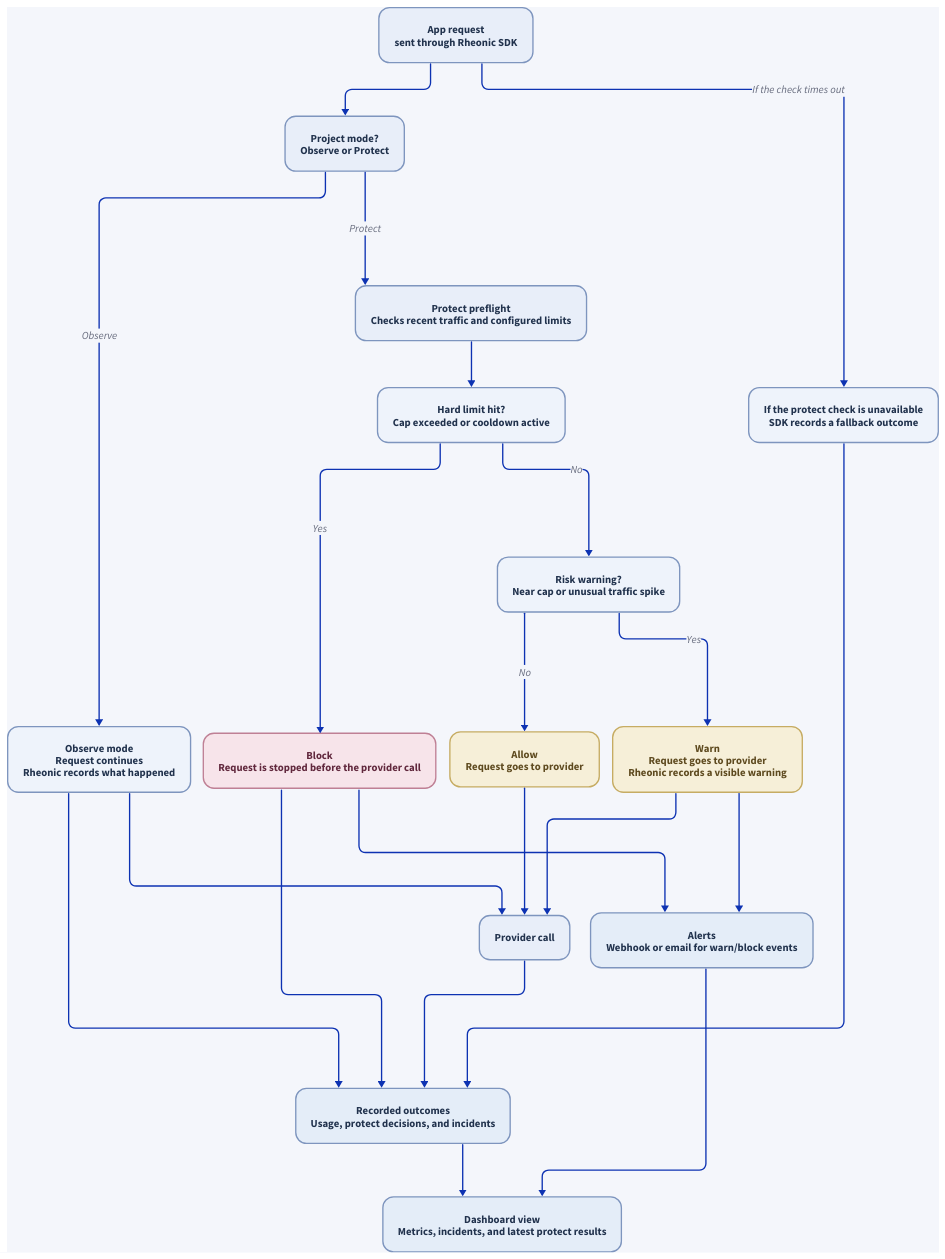
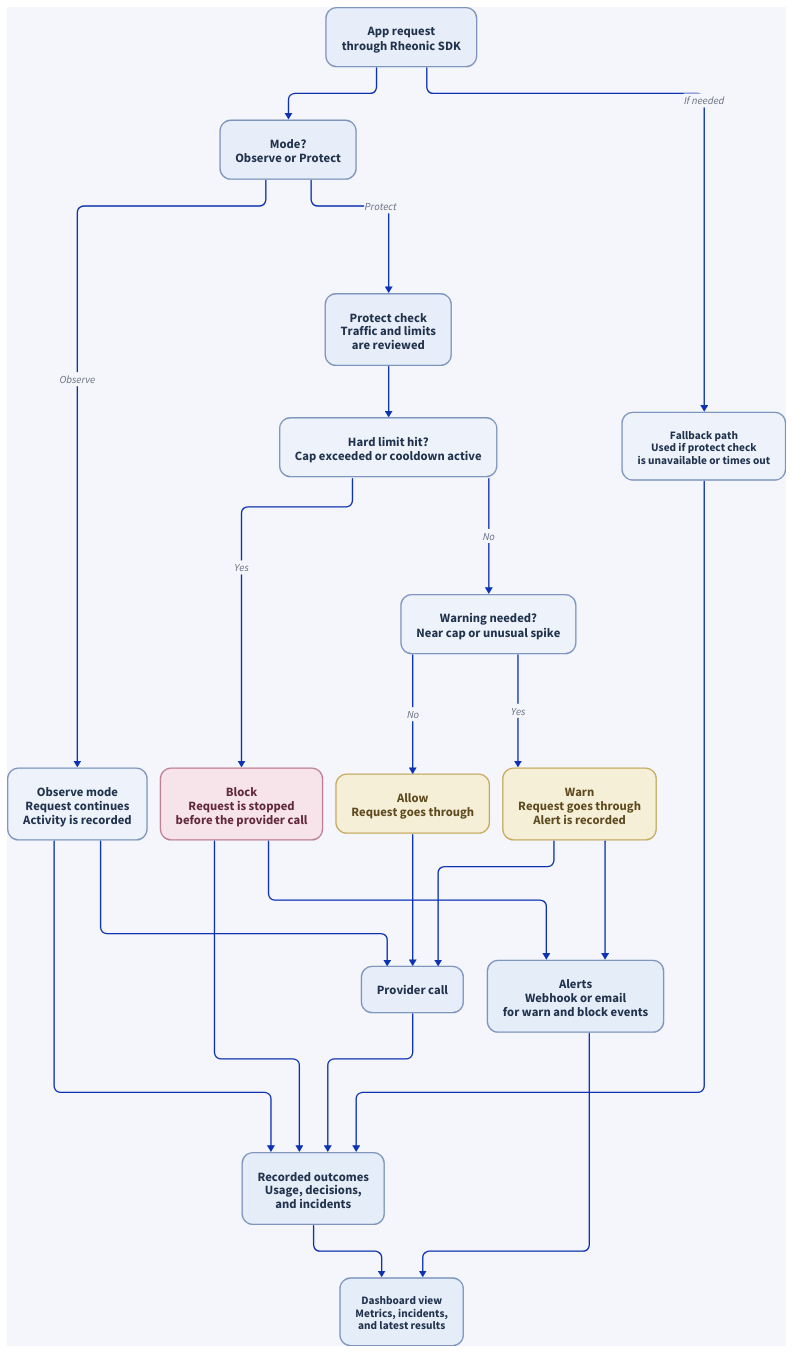
The diagram in docs/architecture/protect_decision_flow.d2 (MichaelTelvin/Rheonic), drawn with D2 before and after one commit. The commit also changed 7 other files, not shown here.

Commit message:
revert session to 60/7 + optimize chart layout

```diff
--- a/docs/architecture/protect_decision_flow.d2
+++ b/docs/architecture/protect_decision_flow.d2
@@ -1,174 +1,174 @@
 direction: down
 
 vars: {
   d2-config: {
-    pad: 28
+    pad: 10
     sketch: false
     layout-engine: elk
   }
 }
 
 style: {
   fill: "#f4f6fb"
 }
 
-app_call: "App request\nsent through Rheonic SDK" {
+app_call: "App request\nthrough Rheonic SDK" {
   style: {
     fill: "#e8eef9"
     stroke: "#7e95be"
     font-color: "#21324d"
     border-radius: 16
-    font-size: 16
+    font-size: 19
   }
 }
 
-mode_gate: "Project mode?\nObserve or Protect" {
+mode_gate: "Mode?\nObserve or Protect" {
   style: {
     fill: "#e8eef9"
     stroke: "#7e95be"
     font-color: "#21324d"
     border-radius: 16
-    font-size: 16
+    font-size: 19
   }
 }
 
-observe: "Observe mode\nRequest continues\nRheonic records what happened" {
+observe: "Observe mode\nRequest continues\nActivity is recorded" {
   style: {
     fill: "#eef3fb"
     stroke: "#7e95be"
     font-color: "#21324d"
     border-radius: 16
-    font-size: 16
+    font-size: 19
   }
 }
 
-preflight: "Protect preflight\nChecks recent traffic and configured limits" {
+preflight: "Protect check\nTraffic and limits\nare reviewed" {
   style: {
     fill: "#e8eef9"
     stroke: "#7e95be"
     font-color: "#21324d"
     border-radius: 16
-    font-size: 16
+    font-size: 19
   }
 }
 
 hard_limit: "Hard limit hit?\nCap exceeded or cooldown active" {
   style: {
     fill: "#eef3fb"
     stroke: "#7e95be"
     font-color: "#21324d"
     border-radius: 16
-    font-size: 16
+    font-size: 19
   }
 }
 
-risk_check: "Risk warning?\nNear cap or unusual traffic spike" {
+risk_check: "Warning needed?\nNear cap or unusual spike" {
   style: {
     fill: "#eef3fb"
     stroke: "#7e95be"
     font-color: "#21324d"
     border-radius: 16
-    font-size: 16
+    font-size: 19
   }
 }
 
-allow: "Allow\nRequest goes to provider" {
+allow: "Allow\nRequest goes through" {
   style: {
     fill: "#f6efd8"
     stroke: "#c6ac63"
     font-color: "#5e4a1f"
     border-radius: 16
-    font-size: 16
+    font-size: 19
   }
 }
 
-warn: "Warn\nRequest goes to provider\nRheonic records a visible warning" {
+warn: "Warn\nRequest goes through\nAlert is recorded" {
   style: {
     fill: "#f6efd8"
     stroke: "#c6ac63"
     font-color: "#5e4a1f"
     border-radius: 16
-    font-size: 16
+    font-size: 19
   }
 }
 
-block: "Block\nRequest is stopped before the provider call" {
+block: "Block\nRequest is stopped\nbefore the provider call" {
   style: {
     fill: "#f7e4ea"
     stroke: "#bf8095"
     font-color: "#61283d"
     border-radius: 16
-    font-size: 16
+    font-size: 19
   }
 }
 
 provider: "Provider call" {
   style: {
     fill: "#e8eef9"
     stroke: "#7e95be"
     font-color: "#21324d"
     border-radius: 16
-    font-size: 16
+    font-size: 19
   }
 }
 
-alerts: "Alerts\nWebhook or email for warn/block events" {
+alerts: "Alerts\nWebhook or email\nfor warn and block events" {
   style: {
     fill: "#e4edf8"
     stroke: "#7e95be"
     font-color: "#21324d"
     border-radius: 16
-    font-size: 16
+    font-size: 19
   }
 }
 
-recording: "Recorded outcomes\nUsage, protect decisions, and incidents" {
+recording: "Recorded outcomes\nUsage, decisions,\nand incidents" {
   style: {
     fill: "#e4edf8"
     stroke: "#7e95be"
     font-color: "#21324d"
     border-radius: 16
-    font-size: 16
+    font-size: 19
   }
 }
 
-fallback: "If the protect check is unavailable\nSDK records a fallback outcome" {
+fallback: "Fallback path\nUsed if protect check\nis unavailable or times out" {
   style: {
     fill: "#eef3fb"
     stroke: "#7e95be"
     font-color: "#21324d"
     border-radius: 16
-    font-size: 16
+    font-size: 17
   }
 }
 
-dashboard: "Dashboard view\nMetrics, incidents, and latest protect results" {
+dashboard: "Dashboard view\nMetrics, incidents,\nand latest results" {
   style: {
     fill: "#e4edf8"
     stroke: "#7e95be"
     font-color: "#21324d"
     border-radius: 16
-    font-size: 16
+    font-size: 17
   }
 }
 
 app_call -> mode_gate
 mode_gate -> observe: "Observe"
 mode_gate -> preflight: "Protect"
 observe -> provider
 preflight -> hard_limit
 hard_limit -> block: "Yes"
 hard_limit -> risk_check: "No"
 risk_check -> warn: "Yes"
 risk_check -> allow: "No"
 allow -> provider
 warn -> provider
 warn -> alerts
 block -> alerts
 provider -> recording
 observe -> recording
 block -> recording
-app_call -> fallback: "If the check times out"
+app_call -> fallback: "If needed"
 fallback -> recording
 recording -> dashboard
 alerts -> dashboard
```
